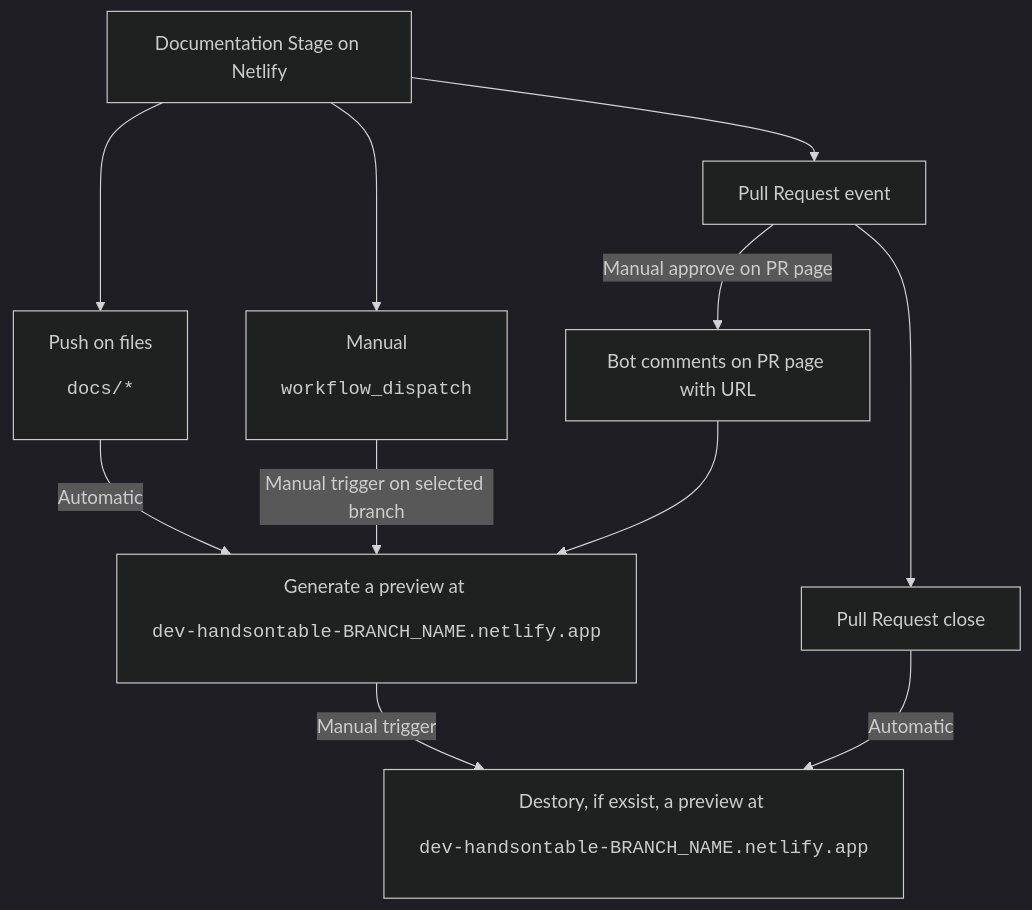
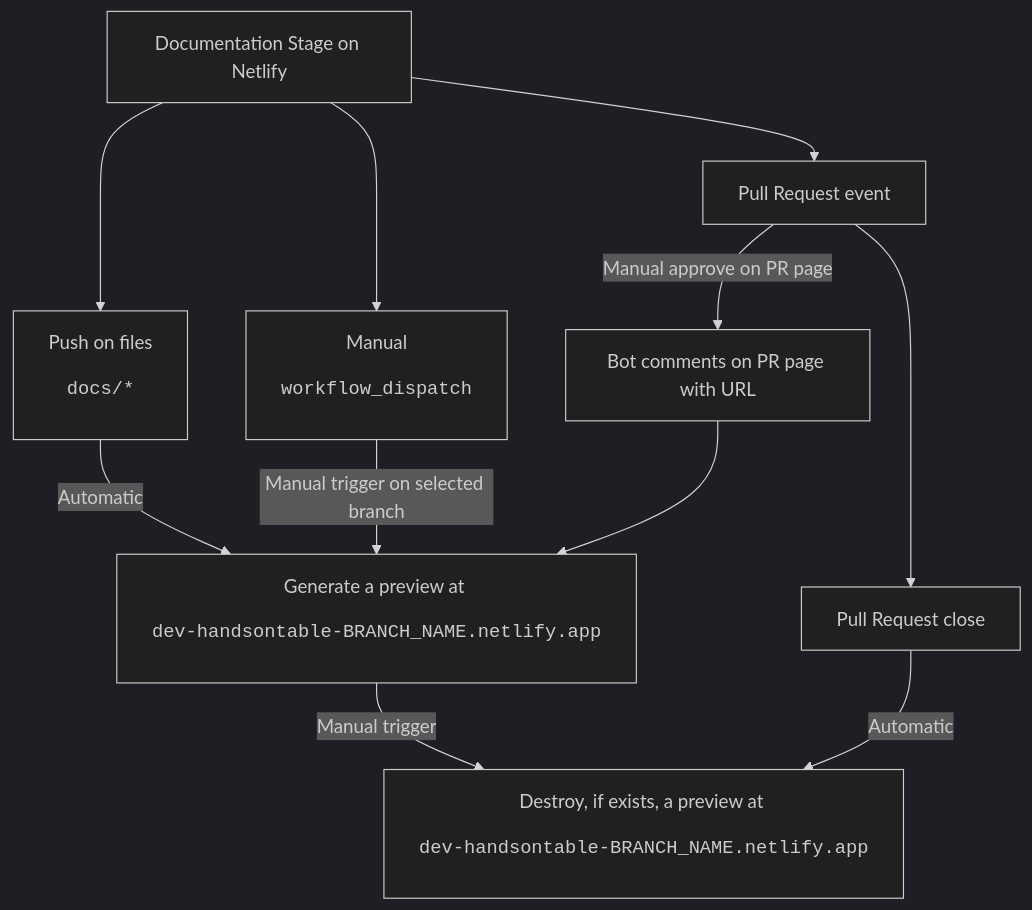
One commit to handsontable/handsontable changed the diagram in docs/README-DEPLOYMENT.md. Above: the diagram before and after it, drawn with Mermaid (dark theme). The commit also changed other lines of this file and 32 other files, not shown here.

````diff
--- a/docs/README-DEPLOYMENT.md
+++ b/docs/README-DEPLOYMENT.md
@@ -30,19 +19,19 @@
 ```mermaid
 flowchart TD
     Docs[Documentation Stage on Netlify]
     Push[Push on files <pre>docs/*</pre>]
     Manual[Manual <pre>workflow_dispatch</pre>]
-    PullRequest[Pull Request event] 
+    PullRequest[Pull Request event]
     PullRequestClose[Pull Request close]
     Generate[Generate a preview at <pre>dev-handsontable-BRANCH_NAME.netlify.app</pre>]
-    Destory[Destory, if exsist, a preview at <pre>dev-handsontable-BRANCH_NAME.netlify.app</pre>]
+    Destory[Destroy, if exists, a preview at <pre>dev-handsontable-BRANCH_NAME.netlify.app</pre>]
     Push -->|Automatic| Generate
     Manual -->|Manual trigger on selected branch| Generate
     PullRequest --> |Manual approve on PR page| Comment[Bot comments on PR page with URL]  --> Generate
-    PullRequestClose --> |Automatic| Destory    
+    PullRequestClose --> |Automatic| Destory
     Generate -->|Manual trigger| Destory
     Docs --> Push
     Docs --> Manual
     Docs --> PullRequest
-    PullRequest --> PullRequestClose  
+    PullRequest --> PullRequestClose
 ```
````
